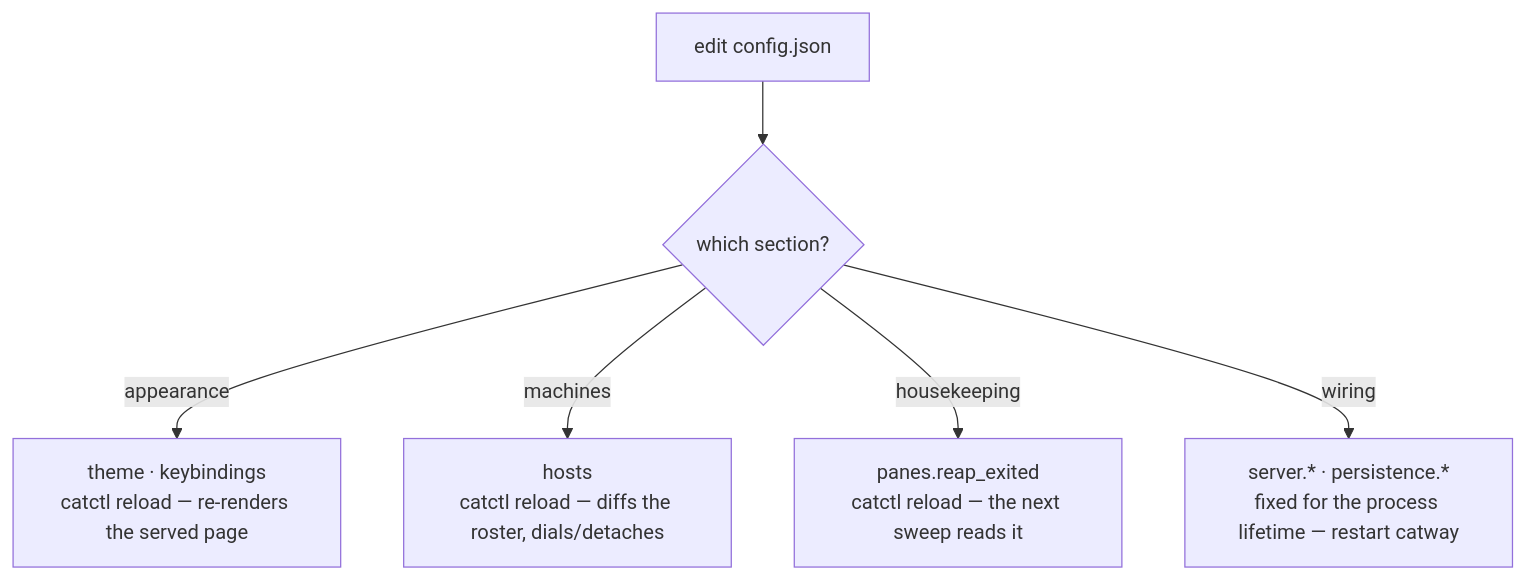
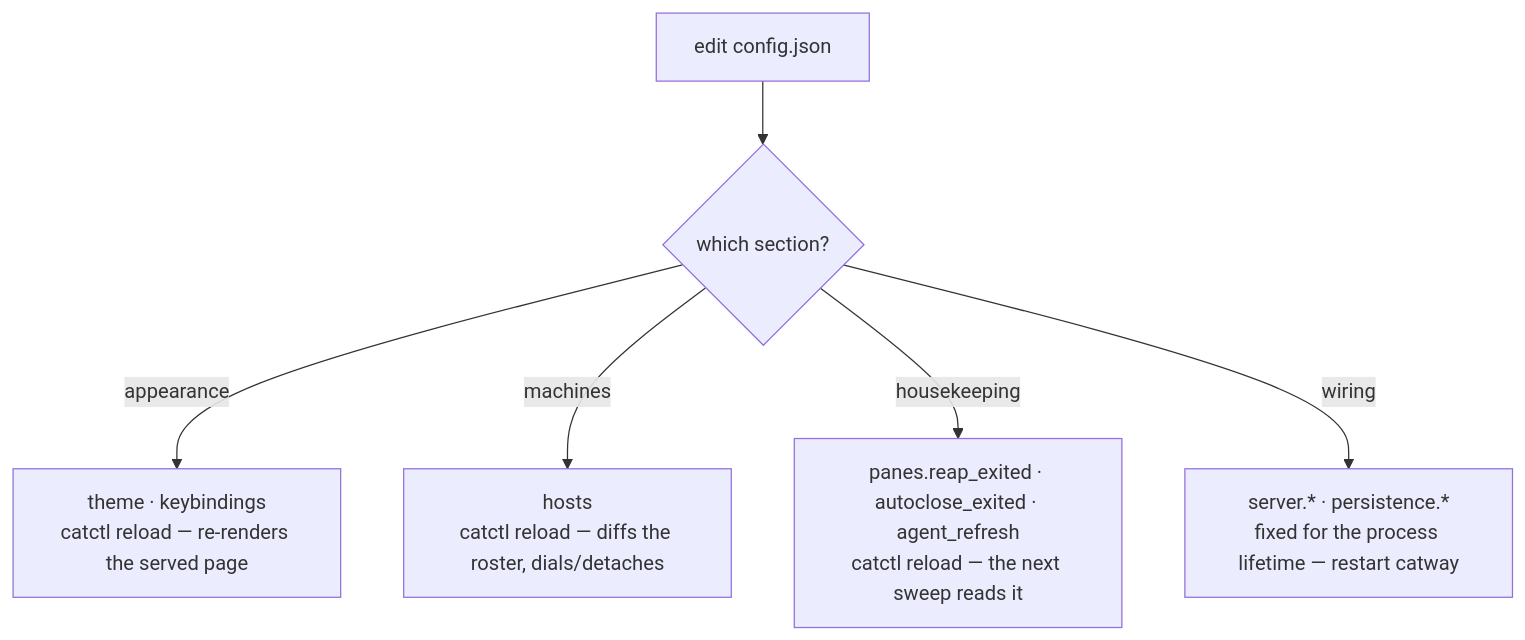
One commit to rohanthewiz/cats changed the second of 2 diagrams in docs/reference/configuration.md. Above: the diagram before and after it, drawn with Mermaid. The commit also changed other lines of this file and 12 other files, not shown here.

First line of the commit message:
catway: context used/window on agent rows; panes.agent_refresh

````diff
--- a/docs/reference/configuration.md
+++ b/docs/reference/configuration.md
@@ -51,15 +51,15 @@
 ```mermaid
 flowchart TD
   EDIT["edit config.json"]
   KIND{"which section?"}
   LIVE["theme · keybindings<br/>catctl reload — re-renders the served page"]
   HOSTS["hosts<br/>catctl reload — diffs the roster, dials/detaches"]
-  REAP["panes.reap_exited<br/>catctl reload — the next sweep reads it"]
+  REAP["panes.reap_exited · autoclose_exited · agent_refresh<br/>catctl reload — the next sweep reads it"]
   FIXED["server.* · persistence.*<br/>fixed for the process lifetime — restart catway"]
 
   EDIT --> KIND
   KIND -->|"appearance"| LIVE
   KIND -->|"machines"| HOSTS
   KIND -->|"housekeeping"| REAP
   KIND -->|"wiring"| FIXED
 ```
````
